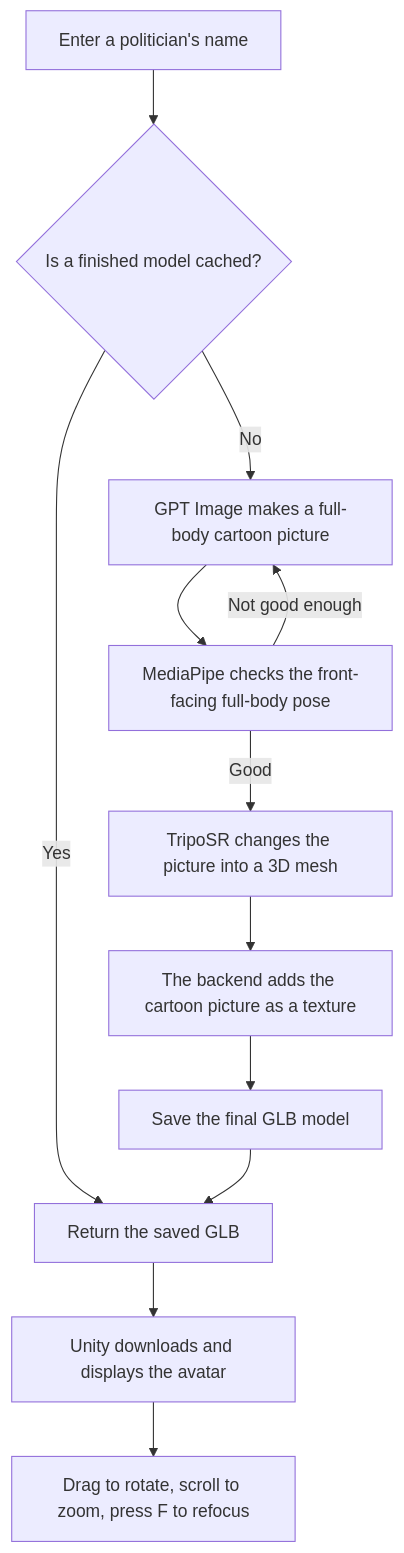
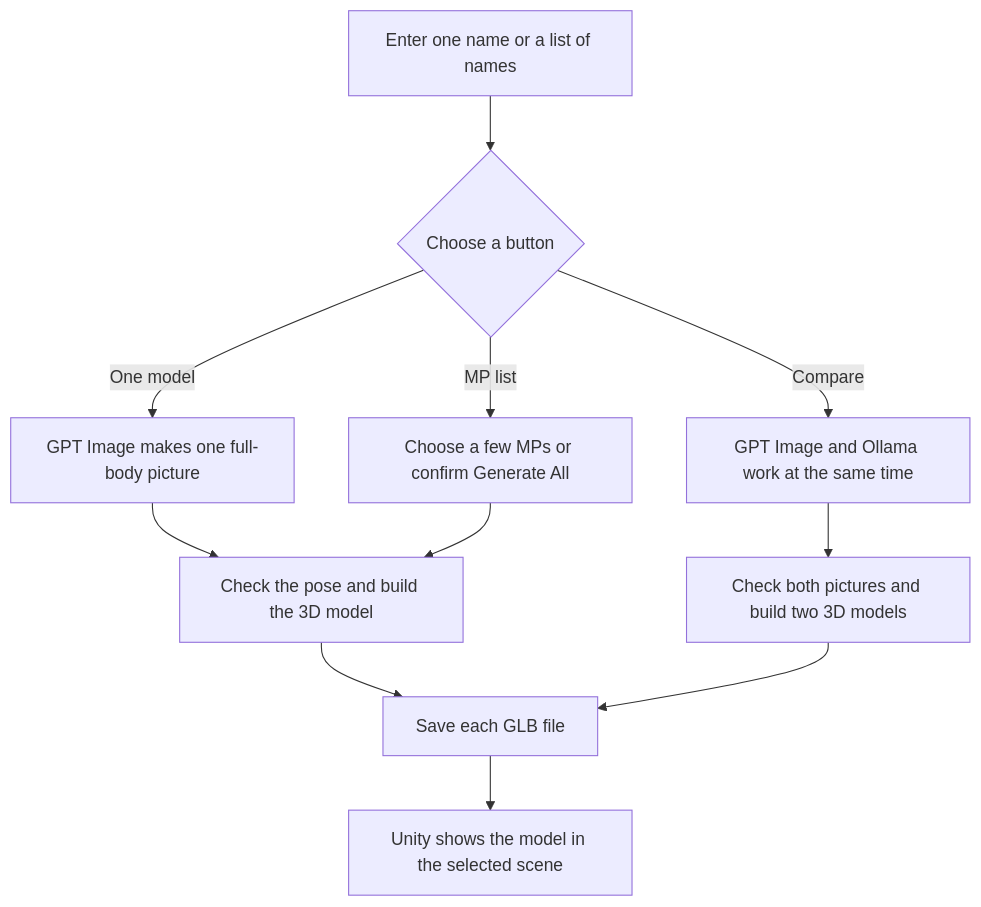
Before and after one commit to JiAXiAnGYaN/6-meta-avatar-llm: the diagram in Test/README.md, drawn with Mermaid. The commit also changed other lines of this file and 14 other files, not shown here.

````diff
--- a/Test/README.md
+++ b/Test/README.md
@@ -9,14 +9,13 @@
 ```mermaid
 flowchart TD
-    A["Enter a politician's name"] --> B{"Is a finished model cached?"}
-    B -->|Yes| H["Return the saved GLB"]
-    B -->|No| C["GPT Image makes a full-body cartoon picture"]
-    C --> D["MediaPipe checks the front-facing full-body pose"]
-    D -->|Not good enough| C
-    D -->|Good| E["TripoSR changes the picture into a 3D mesh"]
-    E --> F["The backend adds the cartoon picture as a texture"]
-    F --> G["Save the final GLB model"]
+    A["Enter one name or a list of names"] --> B{"Choose a button"}
+    B -->|One model| C["GPT Image makes one full-body picture"]
+    B -->|Compare| D["GPT Image and Ollama work at the same time"]
+    B -->|MP list| E["Choose a few MPs or confirm Generate All"]
+    C --> F["Check the pose and build the 3D model"]
+    D --> G["Check both pictures and build two 3D models"]
+    E --> F
+    F --> H["Save each GLB file"]
     G --> H
-    H --> I["Unity downloads and displays the avatar"]
-    I --> J["Drag to rotate, scroll to zoom, press F to refocus"]
+    H --> I["Unity shows the model in the selected scene"]
 ```
````
